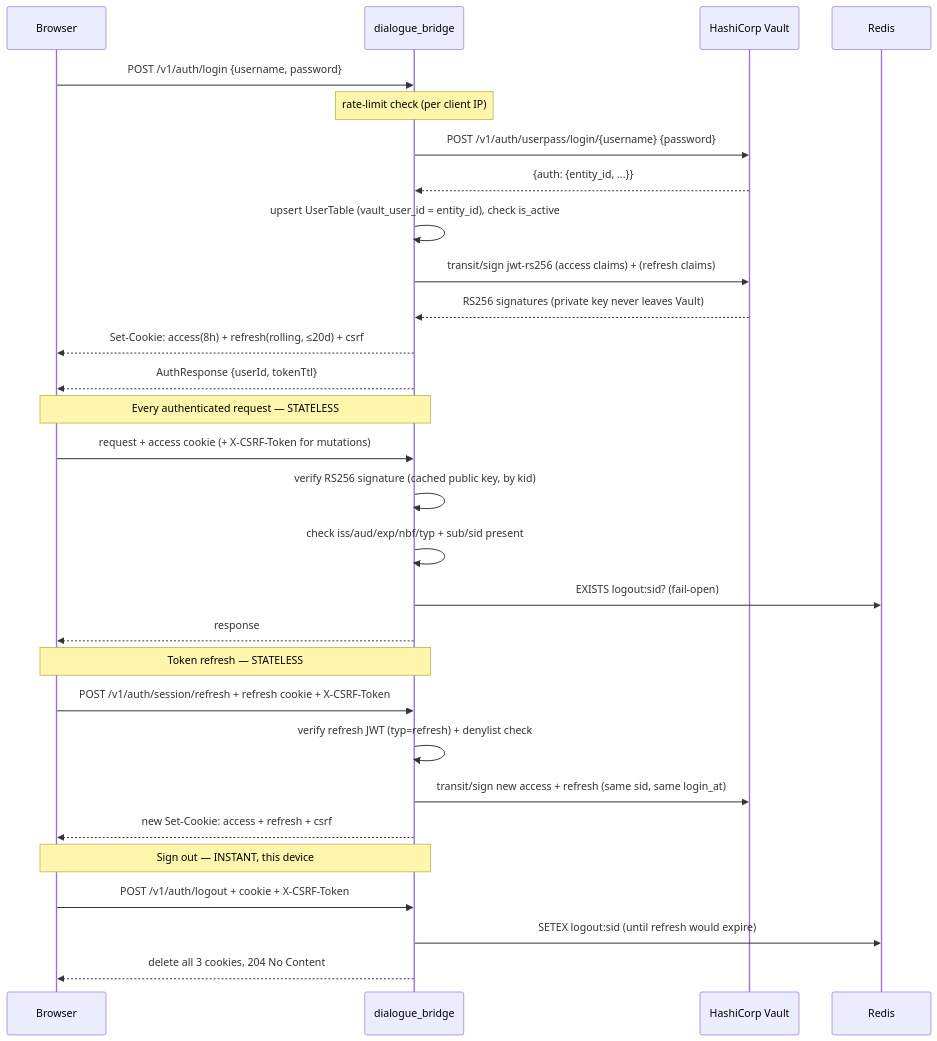
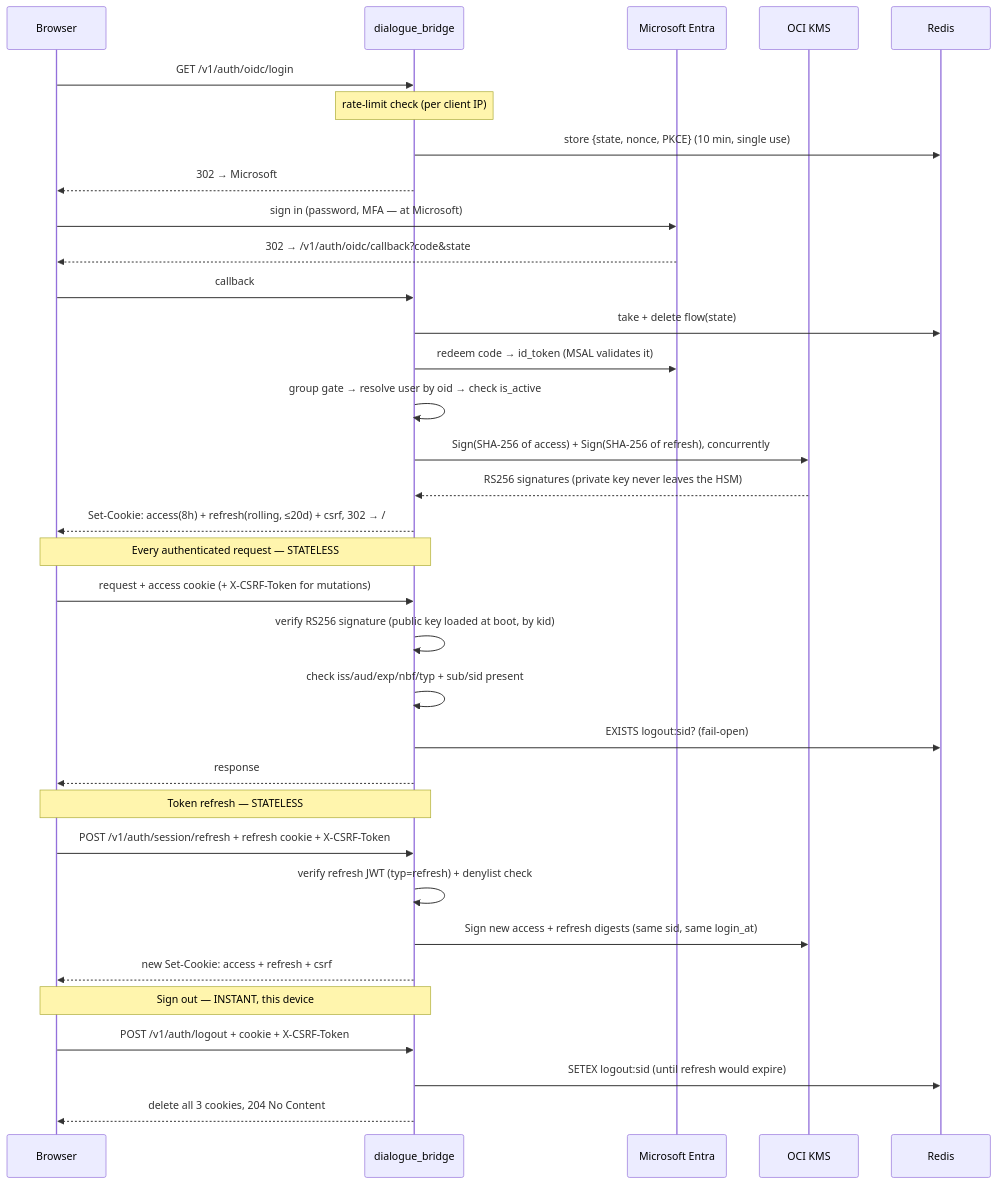
The second of 13 diagrams in docs/flows/authentication-and-session.md (konstantinosmpouros/mAgenticX), drawn with Mermaid before and after one commit. The commit also changed other lines of this file and 44 other files, not shown here.

Commit message:
feat(dialogue_bridge,agentic_ui): make Microsoft Entra SSO the only login and sign session tokens with an OCI KMS HSM key instead of Vault

````diff
--- a/docs/flows/authentication-and-session.md
+++ b/docs/flows/authentication-and-session.md
@@ -32,35 +37,40 @@
 ```mermaid
 sequenceDiagram
     participant B as Browser
     participant Bridge as dialogue_bridge
-    participant Vault as HashiCorp Vault
+    participant E as Microsoft Entra
+    participant KMS as OCI KMS
     participant Redis as Redis
 
-    B->>Bridge: POST /v1/auth/login {username, password}
+    B->>Bridge: GET /v1/auth/oidc/login
     Note over Bridge: rate-limit check (per client IP)
-    Bridge->>Vault: POST /v1/auth/userpass/login/{username} {password}
-    Vault-->>Bridge: {auth: {entity_id, ...}}
-    Bridge->>Bridge: upsert UserTable (vault_user_id = entity_id), check is_active
-    Bridge->>Vault: transit/sign jwt-rs256 (access claims) + (refresh claims)
-    Vault-->>Bridge: RS256 signatures (private key never leaves Vault)
-    Bridge-->>B: Set-Cookie: access(8h) + refresh(rolling, ≤20d) + csrf
-    Bridge-->>B: AuthResponse {userId, tokenTtl}
+    Bridge->>Redis: store {state, nonce, PKCE} (10 min, single use)
+    Bridge-->>B: 302 → Microsoft
+    B->>E: sign in (password, MFA — at Microsoft)
+    E-->>B: 302 → /v1/auth/oidc/callback?code&state
+    B->>Bridge: callback
+    Bridge->>Redis: take + delete flow(state)
+    Bridge->>E: redeem code → id_token (MSAL validates it)
+    Bridge->>Bridge: group gate → resolve user by oid → check is_active
+    Bridge->>KMS: Sign(SHA-256 of access) + Sign(SHA-256 of refresh), concurrently
+    KMS-->>Bridge: RS256 signatures (private key never leaves the HSM)
+    Bridge-->>B: Set-Cookie: access(8h) + refresh(rolling, ≤20d) + csrf, 302 → /
 
     Note over B,Bridge: Every authenticated request — STATELESS
     B->>Bridge: request + access cookie (+ X-CSRF-Token for mutations)
-    Bridge->>Bridge: verify RS256 signature (cached public key, by kid)
+    Bridge->>Bridge: verify RS256 signature (public key loaded at boot, by kid)
     Bridge->>Bridge: check iss/aud/exp/nbf/typ + sub/sid present
     Bridge->>Redis: EXISTS logout:sid? (fail-open)
     Bridge-->>B: response
 
     Note over B,Bridge: Token refresh — STATELESS
     B->>Bridge: POST /v1/auth/session/refresh + refresh cookie + X-CSRF-Token
     Bridge->>Bridge: verify refresh JWT (typ=refresh) + denylist check
-    Bridge->>Vault: transit/sign new access + refresh (same sid, same login_at)
+    Bridge->>KMS: Sign new access + refresh digests (same sid, same login_at)
     Bridge-->>B: new Set-Cookie: access + refresh + csrf
 
     Note over B,Bridge: Sign out — INSTANT, this device
     B->>Bridge: POST /v1/auth/logout + cookie + X-CSRF-Token
     Bridge->>Redis: SETEX logout:sid (until refresh would expire)
     Bridge-->>B: delete all 3 cookies, 204 No Content
 ```
````
